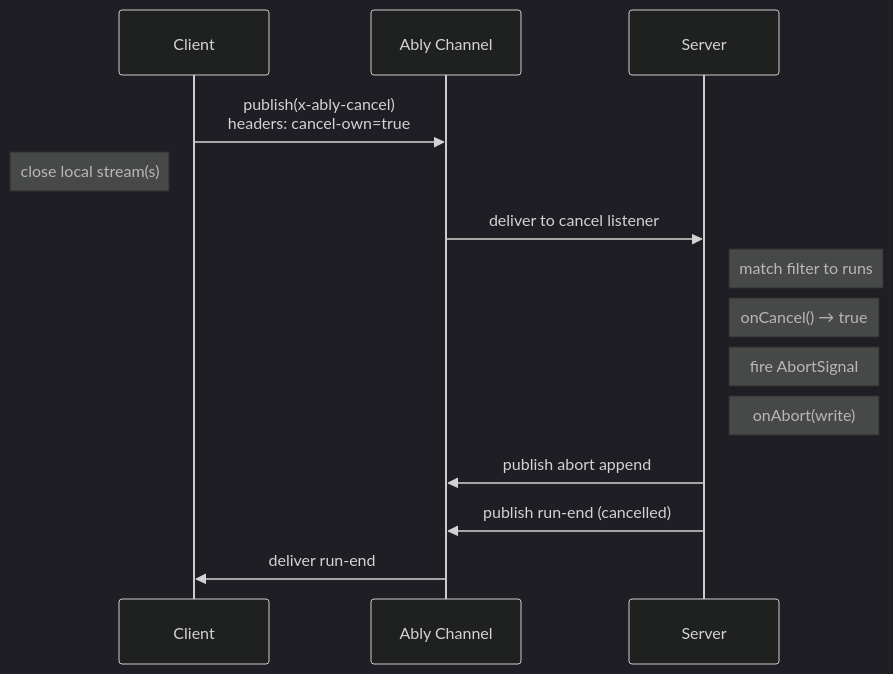
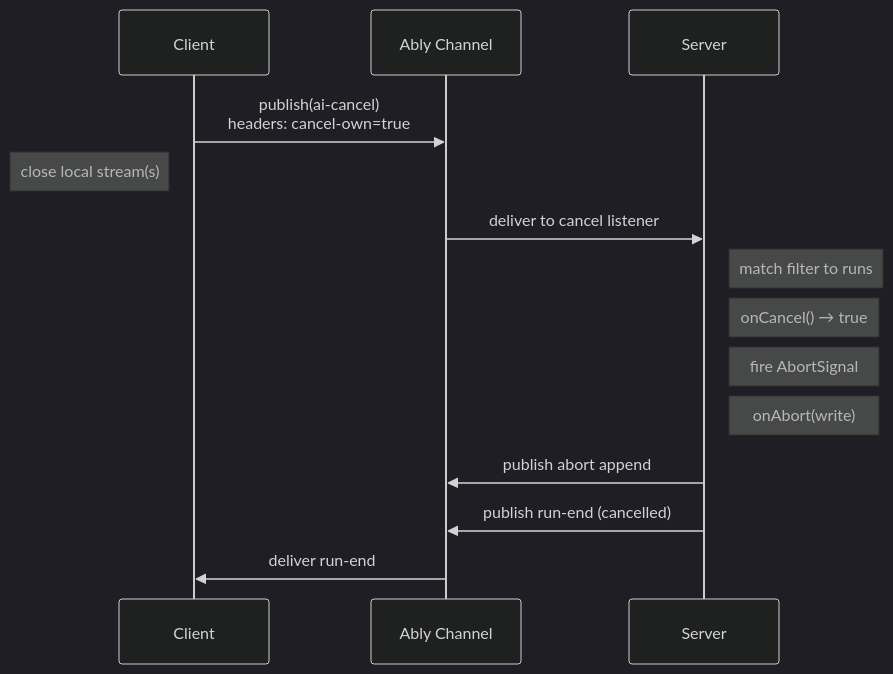
One commit to ably/ably-ai-transport-js changed the diagram in docs/features/cancel.md. Above: the diagram before and after it, drawn with Mermaid (dark theme). The commit also changed 10 other files, not shown here.

````diff
--- a/docs/features/cancel.md
+++ b/docs/features/cancel.md
@@ -85,17 +85,17 @@
 ```mermaid
 sequenceDiagram
     participant C as Client
     participant Ch as Ably Channel
     participant S as Server
 
-    C->>Ch: publish(x-ably-cancel)<br/>headers: cancel-own=true
+    C->>Ch: publish(ai-cancel)<br/>headers: cancel-own=true
     Note left of C: close local stream(s)
     Ch->>S: deliver to cancel listener
     Note right of S: match filter to runs
     Note right of S: onCancel() → true
     Note right of S: fire AbortSignal
     Note right of S: onAbort(write)
     S->>Ch: publish abort append
     S->>Ch: publish run-end (cancelled)
     Ch->>C: deliver run-end
 ```
````
